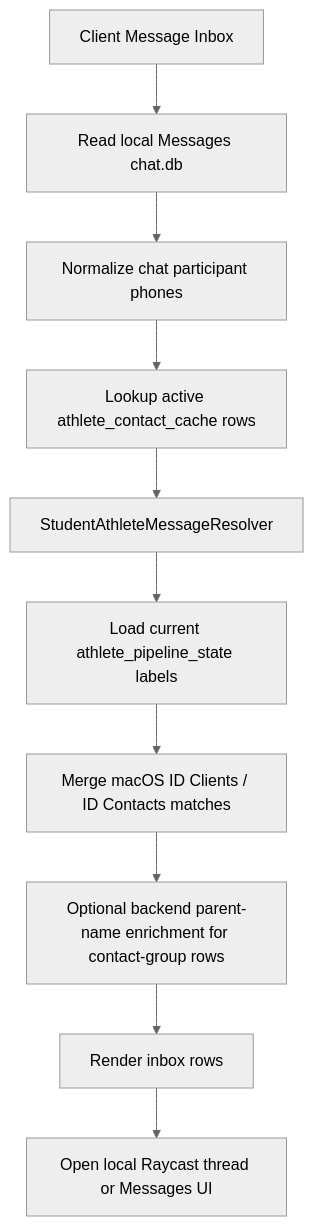
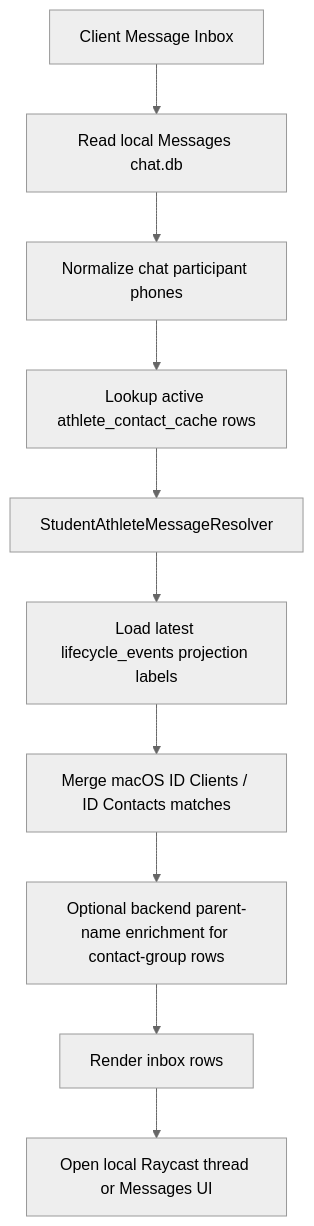
The second of 4 diagrams in docs/architecture/scout-prep-client-message-lifecycle-flowcharts.md (23Maestro/prospect-pipeline), drawn with Mermaid (neutral theme) before and after one commit. The commit also changed other lines of this file and 20 other files, not shown here.

Commit message:
Purge athlete pipeline state snapshot

````diff
--- a/docs/architecture/scout-prep-client-message-lifecycle-flowcharts.md
+++ b/docs/architecture/scout-prep-client-message-lifecycle-flowcharts.md
@@ -30,12 +30,12 @@
 ```mermaid
 flowchart TD
   A["Client Message Inbox"] --> B["Read local Messages chat.db"]
   B --> C["Normalize chat participant phones"]
   C --> D["Lookup active athlete_contact_cache rows"]
   D --> E["StudentAthleteMessageResolver"]
-  E --> F["Load current athlete_pipeline_state labels"]
+  E --> F["Load latest lifecycle_events projection labels"]
   F --> G["Merge macOS ID Clients / ID Contacts matches"]
   G --> H["Optional backend parent-name enrichment for contact-group rows"]
   H --> I["Render inbox rows"]
   I --> J["Open local Raycast thread or Messages UI"]
 ```
````
